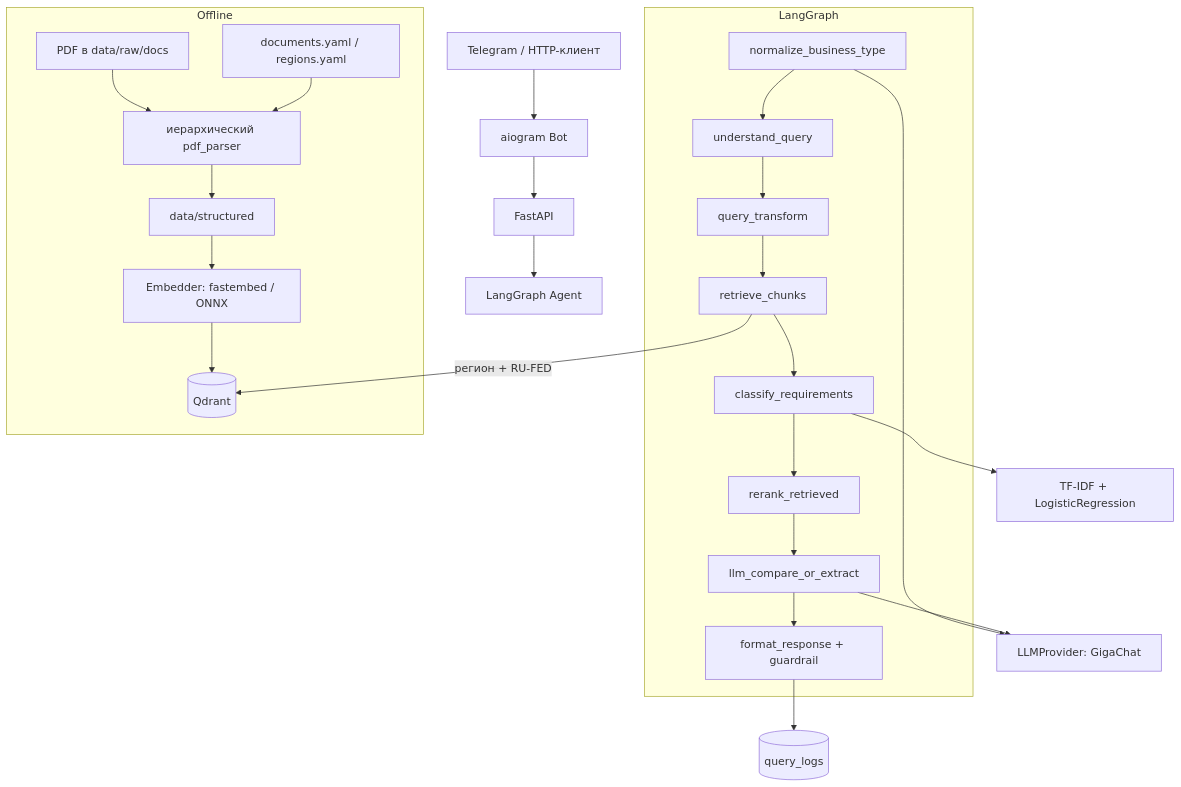
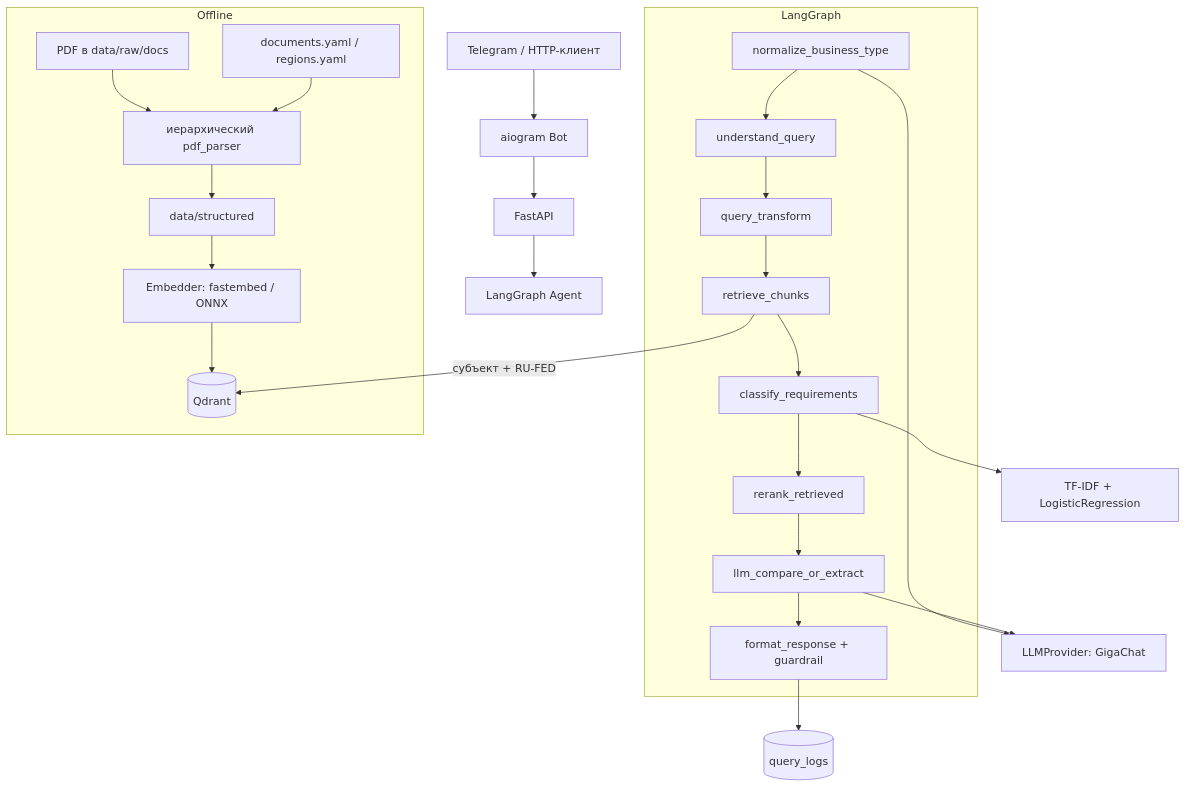
One commit to NikitaMok/RegioBuild changed the diagram in docs/ARCHITECTURE.md. Above: the diagram before and after it, drawn with Mermaid. The commit also changed other lines of this file and 7 other files, not shown here.

````diff
--- a/docs/ARCHITECTURE.md
+++ b/docs/ARCHITECTURE.md
@@ -10,30 +10,30 @@
 ```mermaid
 flowchart TD
     User[Telegram / HTTP-клиент] --> Bot[aiogram Bot]
     Bot --> API[FastAPI]
     API --> Agent[LangGraph Agent]
 
     subgraph AgentFlow [LangGraph]
         N0[normalize_business_type] --> N1[understand_query]
         N1 --> N2[query_transform]
         N2 --> N3[retrieve_chunks]
         N3 --> N4[classify_requirements]
         N4 --> N5[rerank_retrieved]
         N5 --> N6[llm_compare_or_extract]
         N6 --> N7[format_response + guardrail]
     end
 
     N0 --> LLM["LLMProvider: GigaChat"]
-    N3 -- "регион + RU-FED" --> VectorDB[(Qdrant)]
+    N3 -- "субъект + RU-FED" --> VectorDB[(Qdrant)]
     N4 --> Classifier["TF-IDF + LogisticRegression"]
     N6 --> LLM
     N7 --> QueryLog[(query_logs)]
 
     subgraph Ingestion [Offline]
         PDF[PDF в data/raw/docs] --> Parse[иерархический pdf_parser]
         Parse --> Structured[data/structured]
         Structured --> Embed["Embedder: fastembed / ONNX"]
         Embed --> VectorDB
         Manifest[documents.yaml / regions.yaml] --> Parse
     end
 ```
````
